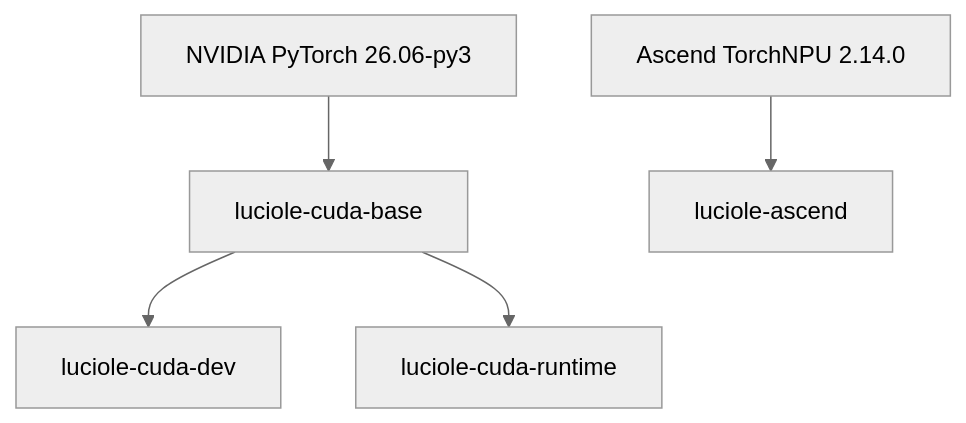
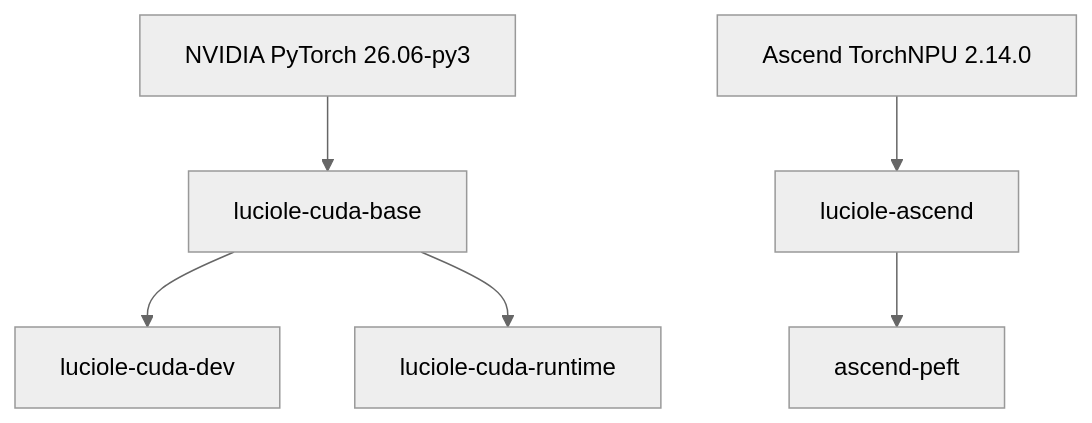
Before and after one commit to DKUAV/images: the first of 2 diagrams in README.md, drawn with Mermaid (neutral theme). The commit also changed other lines of this file and 16 other files, not shown here.

````diff
--- a/README.md
+++ b/README.md
@@ -9,7 +9,8 @@
 ```mermaid
 graph TD
   N["NVIDIA PyTorch 26.06-py3"] --> B["luciole-cuda-base"]
   B --> D["luciole-cuda-dev"]
   B --> R["luciole-cuda-runtime"]
   A["Ascend TorchNPU 2.14.0"] --> NPU["luciole-ascend"]
+  NPU --> PEFT["ascend-peft"]
 ```
````
